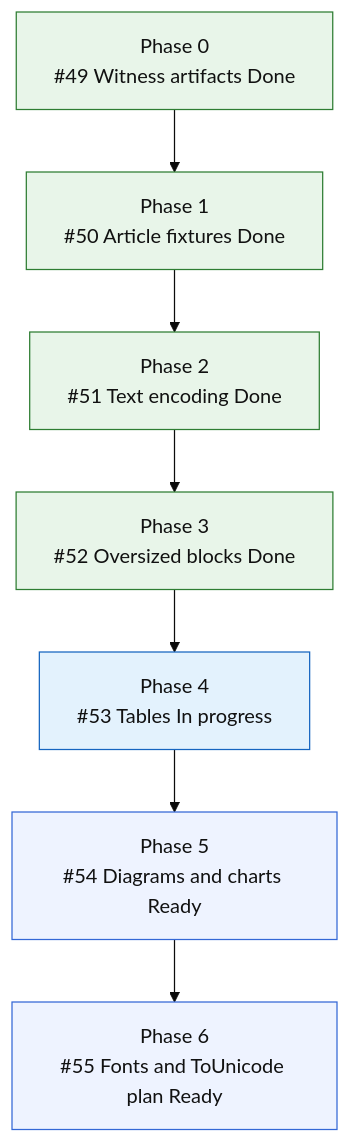
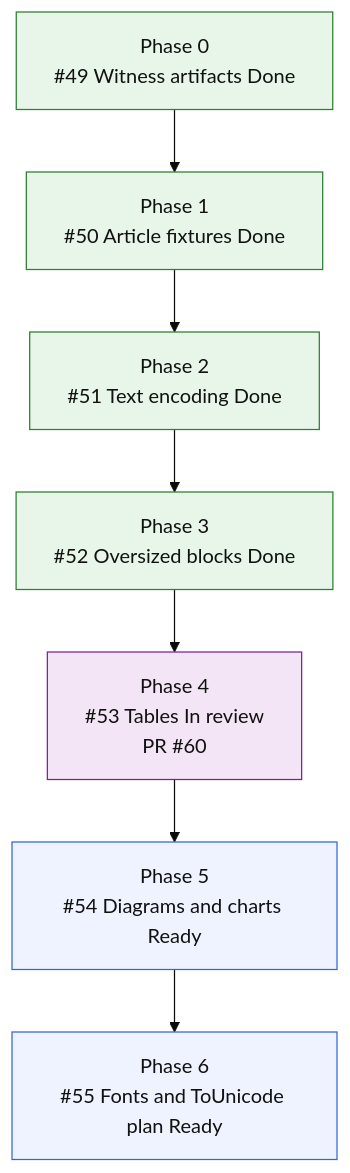
Before and after one commit to mihaelamj/MarkdownPDF: the second of 2 diagrams in README.md, drawn with Mermaid (base theme).

Commit message:
docs(roadmap): move table issue to review

````diff
--- a/README.md
+++ b/README.md
@@ -212,23 +212,23 @@
 ```mermaid
 flowchart TD
     F0["Phase 0<br/>#49 Witness artifacts Done"]
     F1["Phase 1<br/>#50 Article fixtures Done"]
     F2["Phase 2<br/>#51 Text encoding Done"]
     F3["Phase 3<br/>#52 Oversized blocks Done"]
-    F4["Phase 4<br/>#53 Tables In progress"]
+    F4["Phase 4<br/>#53 Tables In review<br/>PR #60"]
     F5["Phase 5<br/>#54 Diagrams and charts Ready"]
     F6["Phase 6<br/>#55 Fonts and ToUnicode plan Ready"]
 
     F0 --> F1 --> F2 --> F3 --> F4 --> F5 --> F6
 
     classDef done fill:#e8f5e9,stroke:#2e7d32,color:#111;
     classDef active fill:#e3f2fd,stroke:#1565c0,color:#111;
     classDef review fill:#f3e5f5,stroke:#7b1fa2,color:#111;
     classDef next fill:#fff8e1,stroke:#f9a825,color:#111;
     classDef todo fill:#eef3ff,stroke:#3367d6,color:#111;
     class F0,F1 done;
     class F2 done;
     class F3 done;
-    class F4 active;
+    class F4 review;
     class F5,F6 todo;
 ```
````
